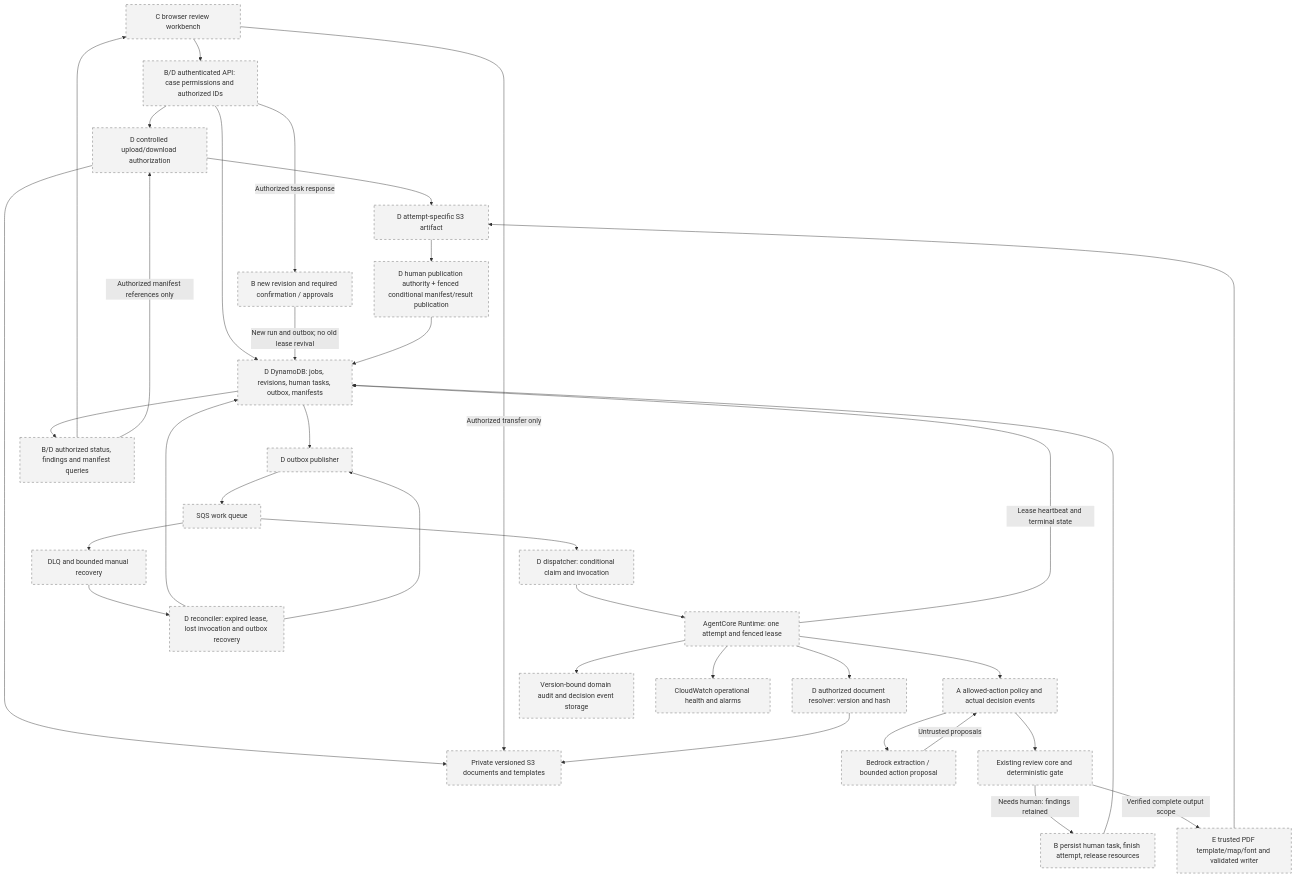
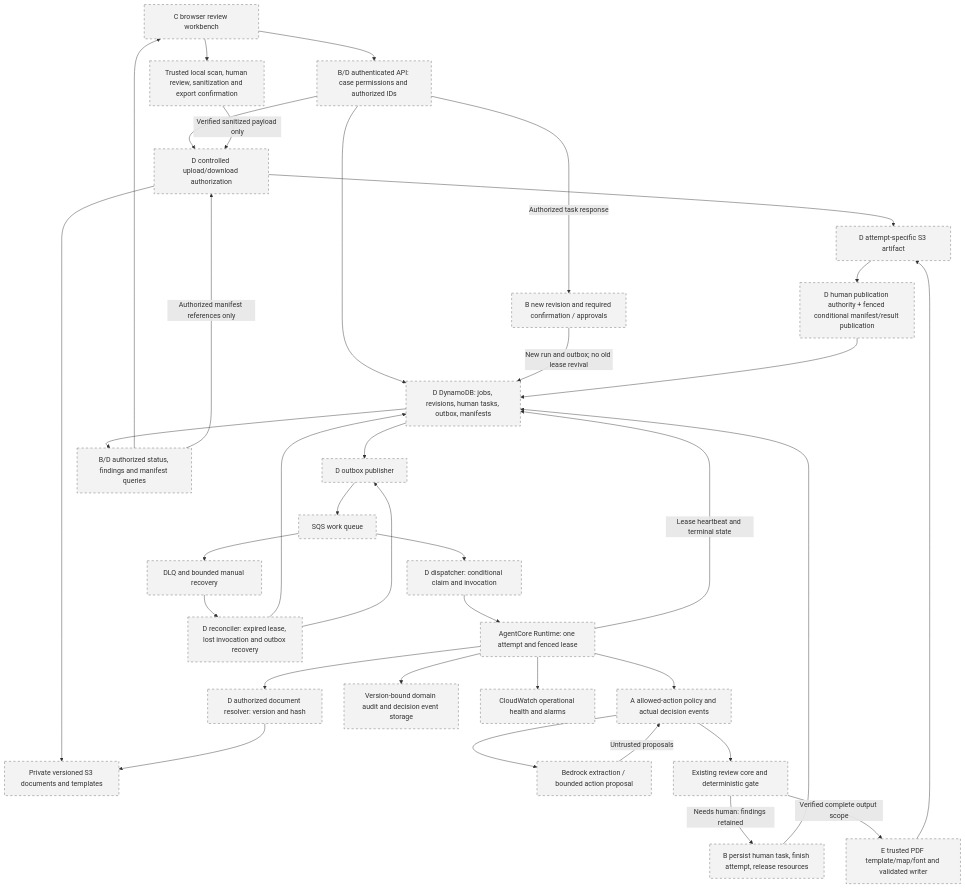
Before and after one commit to chengruchou/newtaipei-appraisal-review-ai: the second of 3 diagrams in docs/architecture.md, drawn with Mermaid. The commit also changed other lines of this file and 17 other files, not shown here.

Commit message:
docs(privacy): document architecture and acceptance handoffs

````diff
--- a/docs/architecture.md
+++ b/docs/architecture.md
@@ -81,39 +88,40 @@
 ```mermaid
 flowchart TD
     UI["C browser review workbench"] --> API["B/D authenticated API: case permissions and authorized IDs"]
     API --> TRANSFER["D controlled upload/download authorization"]
     TRANSFER --> S3IN["Private versioned S3 documents and templates"]
-    UI -->|Authorized transfer only| S3IN
+    UI --> LOCALPRIVACY["Trusted local scan, human review, sanitization and export confirmation"]
+    LOCALPRIVACY -->|Verified sanitized payload only| TRANSFER
     API --> DB["D DynamoDB: jobs, revisions, human tasks, outbox, manifests"]
     DB --> PUBLISHER["D outbox publisher"]
     PUBLISHER --> QUEUE["SQS work queue"]
     QUEUE --> DISPATCH["D dispatcher: conditional claim and invocation"]
     QUEUE --> DLQ["DLQ and bounded manual recovery"]
     DISPATCH --> RUNTIME["AgentCore Runtime: one attempt and fenced lease"]
     RUNTIME --> RESOLVER["D authorized document resolver: version and hash"]
     RESOLVER --> S3IN
     RUNTIME --> POLICY["A allowed-action policy and actual decision events"]
     POLICY --> MODEL["Bedrock extraction / bounded action proposal"]
     MODEL -->|Untrusted proposals| POLICY
     POLICY --> CORE["Existing review core and deterministic gate"]
     CORE -->|Needs human: findings retained| TASKS["B persist human task, finish attempt, release resources"]
     TASKS --> DB
     API -->|Authorized task response| REVISE["B new revision and required confirmation / approvals"]
     REVISE -->|New run and outbox; no old lease revival| DB
     CORE -->|Verified complete output scope| PDF["E trusted PDF template/map/font and validated writer"]
     PDF --> S3OUT["D attempt-specific S3 artifact"]
     S3OUT --> COMMIT["D human publication authority + fenced conditional manifest/result publication"]
     COMMIT --> DB
     DB --> QUERY["B/D authorized status, findings and manifest queries"]
     QUERY --> UI
     QUERY -->|Authorized manifest references only| TRANSFER
     TRANSFER --> S3OUT
     RECOVERY["D reconciler: expired lease, lost invocation and outbox recovery"] --> DB
     RECOVERY --> PUBLISHER
     DLQ --> RECOVERY
     RUNTIME -->|Lease heartbeat and terminal state| DB
     RUNTIME --> AUDIT["Version-bound domain audit and decision event storage"]
     RUNTIME --> LOGS["CloudWatch operational health and alarms"]
     classDef planned fill:#f3f3f3,stroke:#666,stroke-dasharray:5 5
-    class UI,API,TRANSFER,S3IN,DB,PUBLISHER,QUEUE,DISPATCH,DLQ,RUNTIME,RESOLVER,POLICY,MODEL,CORE,TASKS,REVISE,PDF,S3OUT,COMMIT,QUERY,RECOVERY,AUDIT,LOGS planned
+    class UI,API,TRANSFER,LOCALPRIVACY,S3IN,DB,PUBLISHER,QUEUE,DISPATCH,DLQ,RUNTIME,RESOLVER,POLICY,MODEL,CORE,TASKS,REVISE,PDF,S3OUT,COMMIT,QUERY,RECOVERY,AUDIT,LOGS planned
 ```
````
